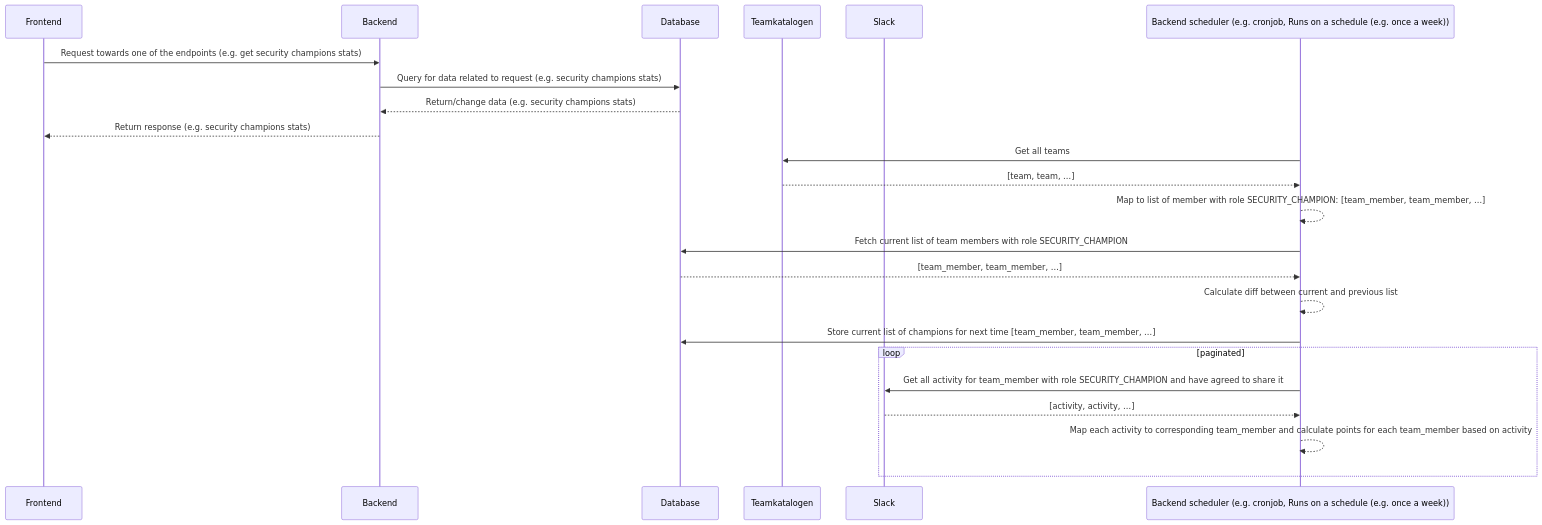
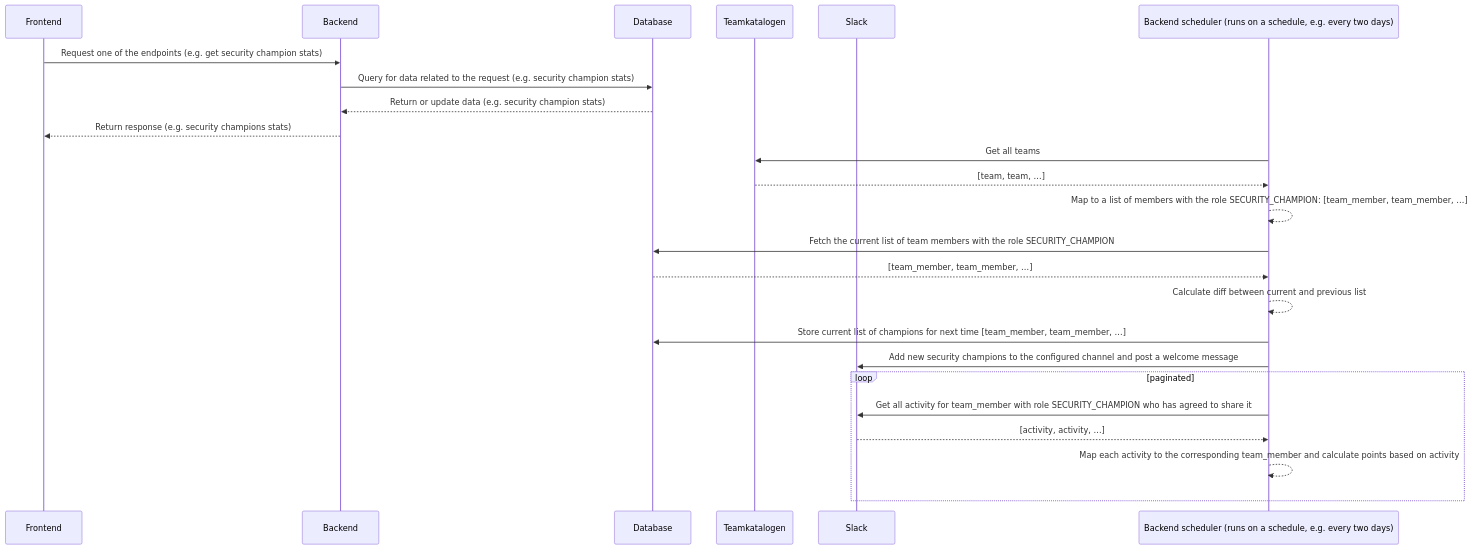
Before and after one commit to navikt/security-champion-stats: the diagram in apps/backend/Readme.md, drawn with Mermaid. The commit also changed other lines of this file and 11 other files, not shown here.

````diff
--- a/apps/backend/Readme.md
+++ b/apps/backend/Readme.md
@@ -10,27 +13,28 @@
 ```mermaid
 sequenceDiagram
     participant FE as Frontend
     participant BE as Backend
     participant DB as Database
     participant TK as Teamkatalogen
     participant Slack as Slack
-    participant BES as Backend scheduler (e.g. cronjob, Runs on a schedule (e.g. once a week)) 
+    participant BES as Backend scheduler (runs on a schedule, e.g. every two days)
 
-    FE->>BE: Request towards one of the endpoints (e.g. get security champions stats)
-    BE->>DB: Query for data related to request (e.g. security champions stats)
-    DB-->>BE: Return/change data (e.g. security champions stats)
+    FE->>BE: Request one of the endpoints (e.g. get security champion stats)
+    BE->>DB: Query for data related to the request (e.g. security champion stats)
+    DB-->>BE: Return or update data (e.g. security champion stats)
     BE-->>FE: Return response (e.g. security champions stats)
     
     BES->>TK: Get all teams
     TK-->>BES: [team, team, …]
-    BES-->>BES: Map to list of member with role SECURITY_CHAMPION: [team_member, team_member, …]
-    BES->>DB: Fetch current list of team members with role SECURITY_CHAMPION
+    BES-->>BES: Map to a list of members with the role SECURITY_CHAMPION: [team_member, team_member, …]
+    BES->>DB: Fetch the current list of team members with the role SECURITY_CHAMPION
     DB-->>BES: [team_member, team_member, …]
     BES-->>BES: Calculate diff between current and previous list
     BES->>DB: Store current list of champions for next time [team_member, team_member, …]
+    BES->>Slack: Add new security champions to the configured channel and post a welcome message
     loop paginated
-        BES->>Slack: Get all activity for team_member with role SECURITY_CHAMPION and have agreed to share it
+        BES->>Slack: Get all activity for team_member with role SECURITY_CHAMPION who has agreed to share it
         Slack-->>BES: [activity, activity, …]
-        BES-->>BES: Map each activity to corresponding team_member and calculate points for each team_member based on activity
+        BES-->>BES: Map each activity to the corresponding team_member and calculate points based on activity
     end    
 ```
````
